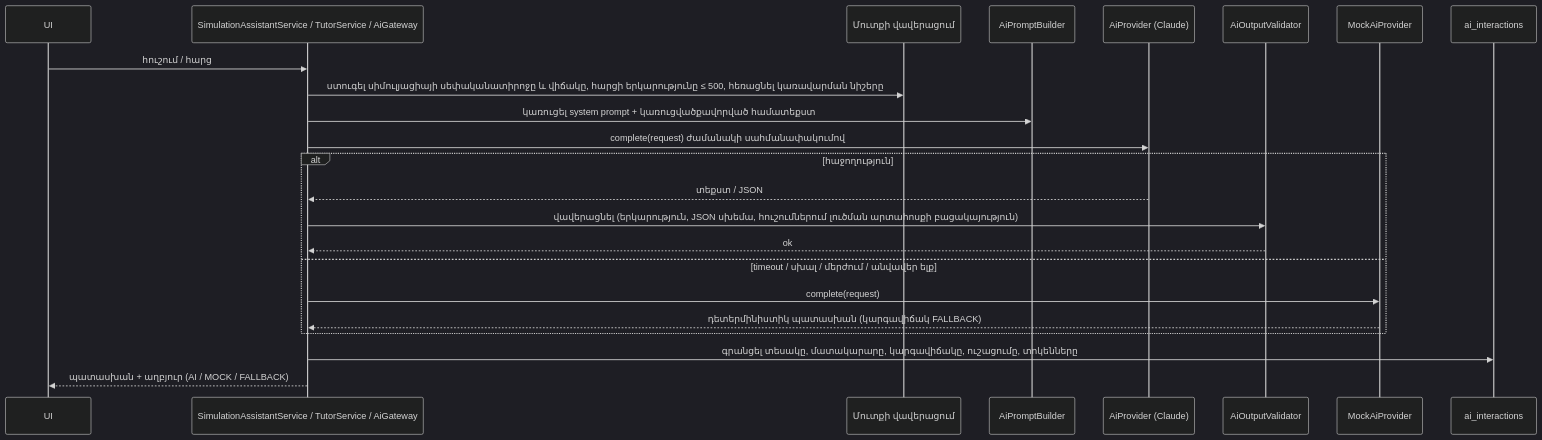
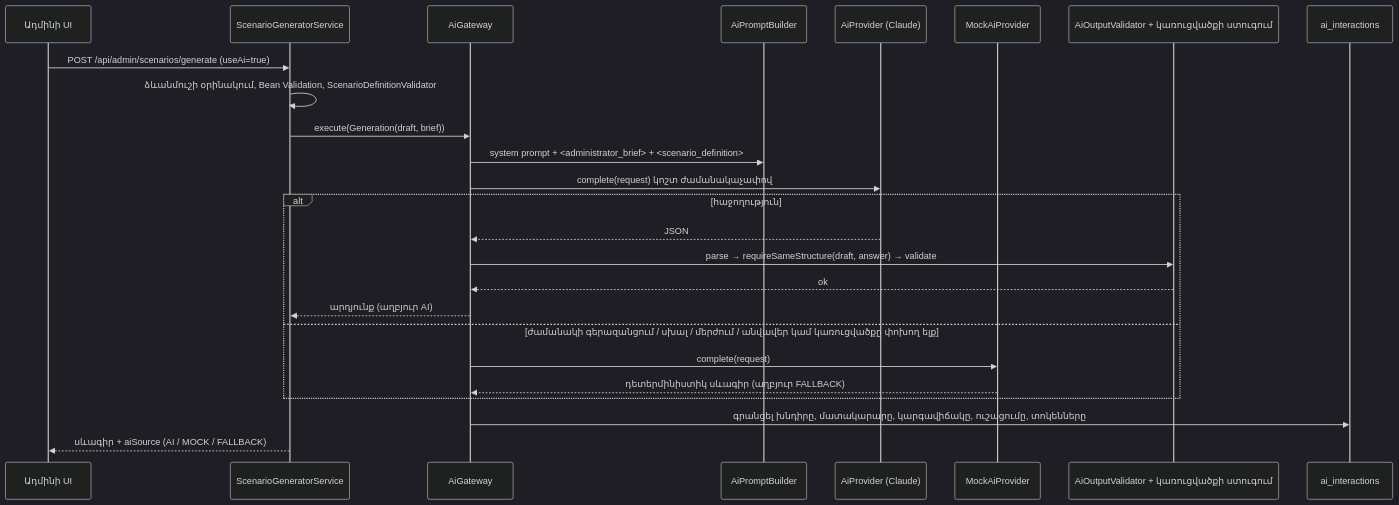
The second of 2 diagrams in docs/hy/09-ai-integration.md (baghdasaryanzenfira-spec/cyber-sim), drawn with Mermaid (dark theme) before and after one commit. The commit also changed other lines of this file and 37 other files, not shown here.

````diff
--- a/docs/hy/09-ai-integration.md
+++ b/docs/hy/09-ai-integration.md
@@ -129,25 +121,27 @@
 ```mermaid
 sequenceDiagram
-  participant UI
-  participant S as SimulationAssistantService / TutorService / AiGateway
-  participant V as Մուտքի վավերացում
+  participant UI as Ադմինի UI
+  participant S as ScenarioGeneratorService
+  participant G as AiGateway
   participant P as AiPromptBuilder
   participant AI as AiProvider (Claude)
-  participant O as AiOutputValidator
   participant M as MockAiProvider
+  participant V as AiOutputValidator + կառուցվածքի ստուգում
   participant L as ai_interactions
-  UI->>S: հուշում / հարց
-  S->>V: ստուգել սիմուլյացիայի սեփականատիրոջը և վիճակը, հարցի երկարությունը ≤ 500, հեռացնել կառավարման նիշերը
-  S->>P: կառուցել system prompt + կառուցվածքավորված համատեքստ
-  S->>AI: complete(request) ժամանակի սահմանափակումով
+  UI->>S: POST /api/admin/scenarios/generate (useAi=true)
+  S->>S: ձևանմուշի օրինակում, Bean Validation, ScenarioDefinitionValidator
+  S->>G: execute(Generation(draft, brief))
+  G->>P: system prompt + <administrator_brief> + <scenario_definition>
+  G->>AI: complete(request) կոշտ ժամանակաչափով
   alt հաջողություն
-    AI-->>S: տեքստ / JSON
-    S->>O: վավերացնել (երկարություն, JSON սխեմա, հուշումներում լուծման արտահոսքի բացակայություն)
-    O-->>S: ok
-  else timeout / սխալ / մերժում / անվավեր ելք
-    S->>M: complete(request)
-    M-->>S: դետերմինիստիկ պատասխան (կարգավիճակ FALLBACK)
+    AI-->>G: JSON
+    G->>V: parse → requireSameStructure(draft, answer) → validate
+    V-->>G: ok
+    G-->>S: արդյունք (աղբյուր AI)
+  else ժամանակի գերազանցում / սխալ / մերժում / անվավեր կամ կառուցվածքը փոխող ելք
+    G->>M: complete(request)
+    M-->>G: դետերմինիստիկ սևագիր (աղբյուր FALLBACK)
   end
-  S->>L: գրանցել տեսակը, մատակարարը, կարգավիճակը, ուշացումը, տոկենները
-  S-->>UI: պատասխան + աղբյուր (AI / MOCK / FALLBACK)
+  G->>L: գրանցել խնդիրը, մատակարարը, կարգավիճակը, ուշացումը, տոկենները
+  S-->>UI: սևագիր + aiSource (AI / MOCK / FALLBACK)
 ```
````
